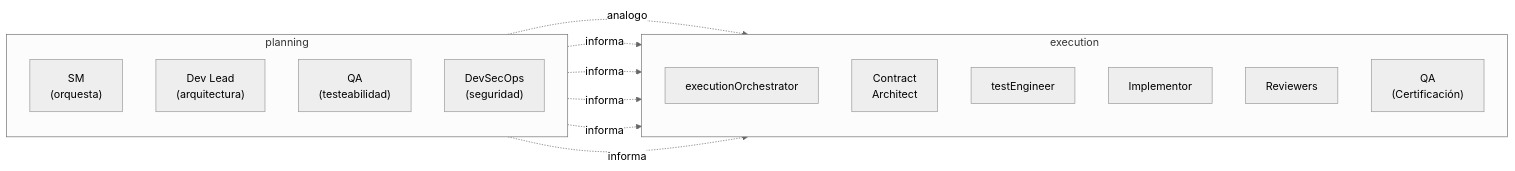
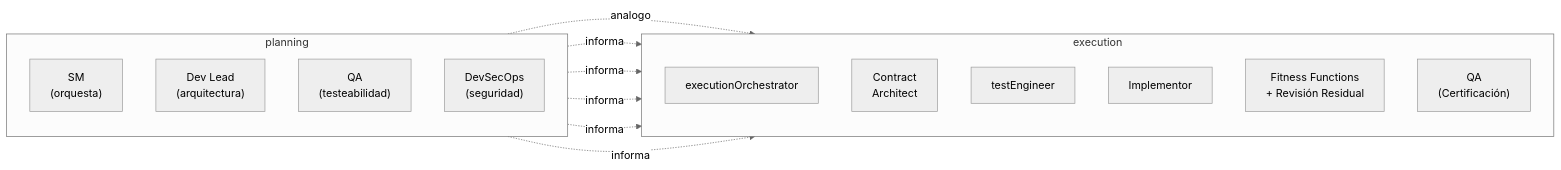
The fifth of 6 diagrams in docs/execution/README.md (virgenherrera/idea-to-mvp), drawn with Mermaid (neutral theme) before and after one commit. The commit also changed other lines of this file and 10 other files, not shown here.

First line of the commit message:
fix: resolve adversarial review findings — fitness functions, metrics, deployment, honest agile

````diff
--- a/docs/execution/README.md
+++ b/docs/execution/README.md
@@ -241,27 +240,27 @@
 ```mermaid
 flowchart LR
     subgraph PLAN["planning"]
         direction TB
         SM_P["SM\n(orquesta)"]
         DEV_P["Dev Lead\n(arquitectura)"]
         QA_P["QA\n(testeabilidad)"]
         SEC_P["DevSecOps\n(seguridad)"]
     end
 
     subgraph EXEC_R["execution"]
         direction TB
         OE["executionOrchestrator"]
         CA["Contract\nArchitect"]
         TE["testEngineer"]
         IMP["Implementor"]
-        REV["Reviewers"]
+        REV["Fitness Functions\n+ Revisión Residual"]
         QA_E["QA\n(Certificación)"]
     end
 
     SM_P -.->|"analogo"| OE
     DEV_P -.->|"informa"| CA
     QA_P -.->|"informa"| TE
     DEV_P -.->|"informa"| IMP
     SEC_P -.->|"informa"| REV
     QA_P -.->|"informa"| QA_E
 ```
````
